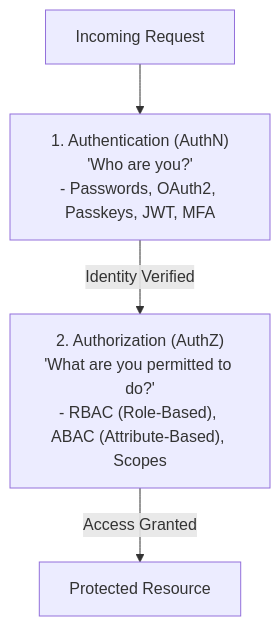
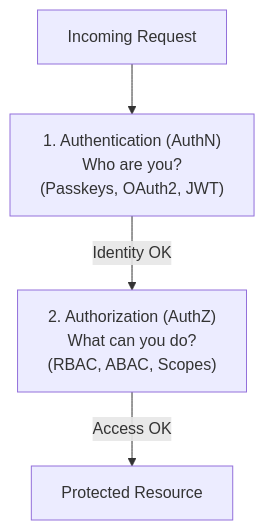
One commit to Sourav108/strivers-lld changed the first of 4 diagrams in strivers-hld/11-Security-and-Compliance/README.md. Above: the diagram before and after it, drawn with Mermaid. The commit also changed other lines of this file and 39 other files, not shown here.

Commit message:
fix(mermaid): wrap node labels, simplify diamonds, and reformat wide diagrams for perfect GitHub rendering

````diff
--- a/strivers-hld/11-Security-and-Compliance/README.md
+++ b/strivers-hld/11-Security-and-Compliance/README.md
@@ -5,6 +5,6 @@
 ```mermaid
 flowchart TD
-    Request["Incoming Request"] --> AuthN["1. Authentication (AuthN)<br/>'Who are you?'<br/>- Passwords, OAuth2, Passkeys, JWT, MFA"]
-    AuthN -->|Identity Verified| AuthZ["2. Authorization (AuthZ)<br/>'What are you permitted to do?'<br/>- RBAC (Role-Based), ABAC (Attribute-Based), Scopes"]
-    AuthZ -->|Access Granted| Protected["Protected Resource"]
+    Request["Incoming Request"] --> AuthN["1. Authentication (AuthN)<br/>Who are you?<br/>(Passkeys, OAuth2, JWT)"]
+    AuthN -->|Identity OK| AuthZ["2. Authorization (AuthZ)<br/>What can you do?<br/>(RBAC, ABAC, Scopes)"]
+    AuthZ -->|Access OK| Protected["Protected Resource"]
 ```
````
